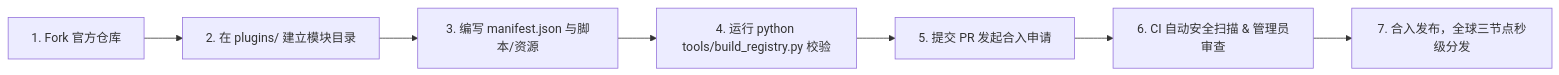
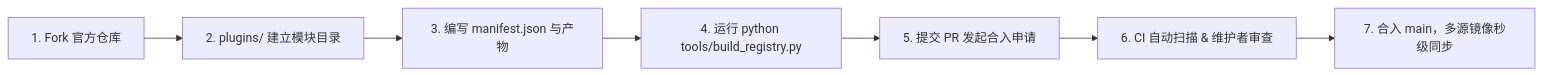
Before and after one commit to SuJiuOvO/Toolbox-Community-Registry: the second of 2 diagrams in docs/PLUGIN_DEVELOPMENT_GUIDE.md, drawn with Mermaid. The commit also changed other lines of this file and 23 other files, not shown here.

````diff
--- a/docs/PLUGIN_DEVELOPMENT_GUIDE.md
+++ b/docs/PLUGIN_DEVELOPMENT_GUIDE.md
@@ -614,9 +425,9 @@
 ```mermaid
 flowchart LR
-    A["1. Fork 官方仓库"] --> B["2. 在 plugins/ 建立模块目录"]
-    B --> C["3. 编写 manifest.json 与脚本/资源"]
-    C --> D["4. 运行 python tools/build_registry.py 校验"]
+    A["1. Fork 官方仓库"] --> B["2. plugins/ 建立模块目录"]
+    B --> C["3. 编写 manifest.json 与产物"]
+    C --> D["4. 运行 python tools/build_registry.py"]
     D --> E["5. 提交 PR 发起合入申请"]
-    E --> F["6. CI 自动安全扫描 & 管理员审查"]
-    F --> G["7. 合入发布，全球三节点秒级分发"]
+    E --> F["6. CI 自动扫描 & 维护者审查"]
+    F --> G["7. 合入 main，多源镜像秒级同步"]
 ```
````
